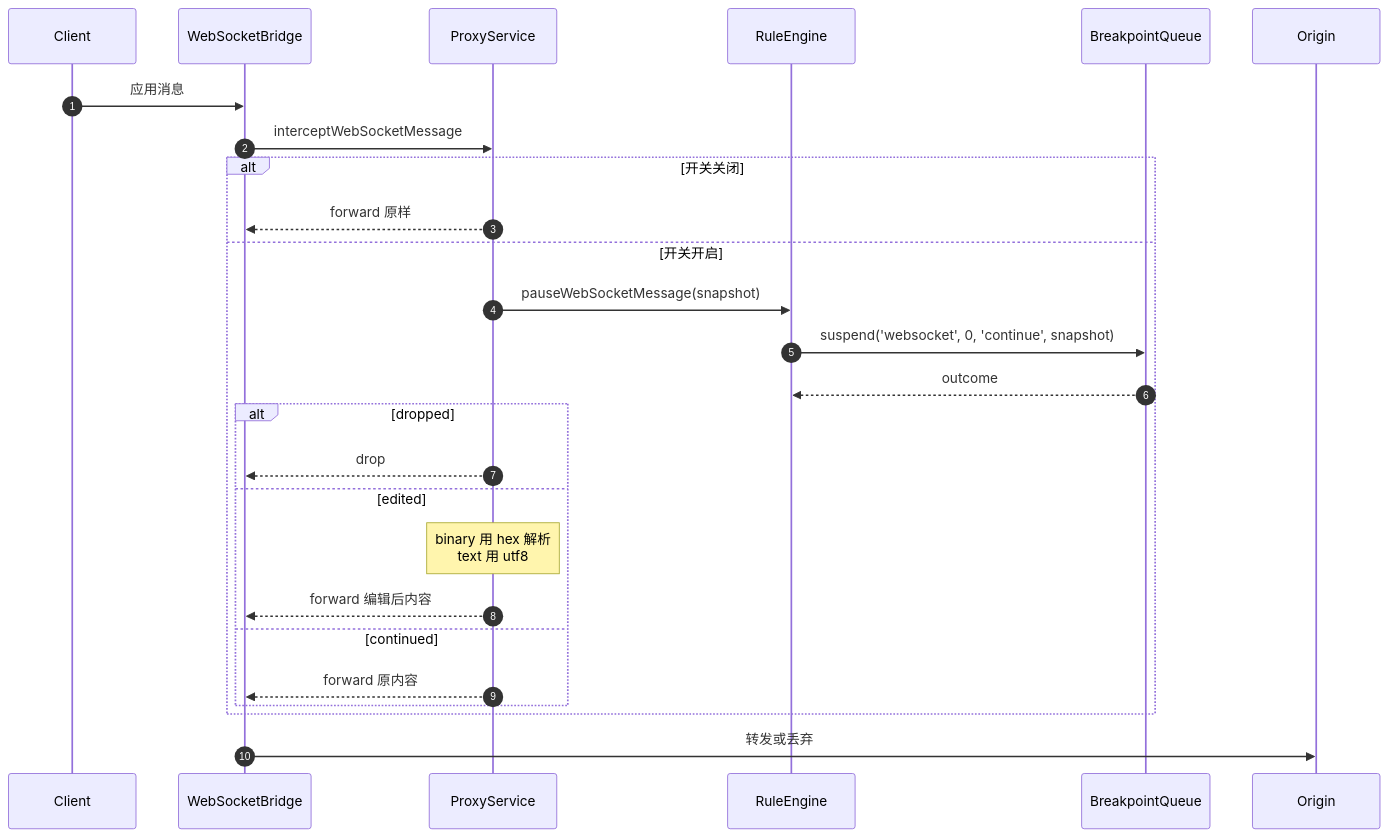
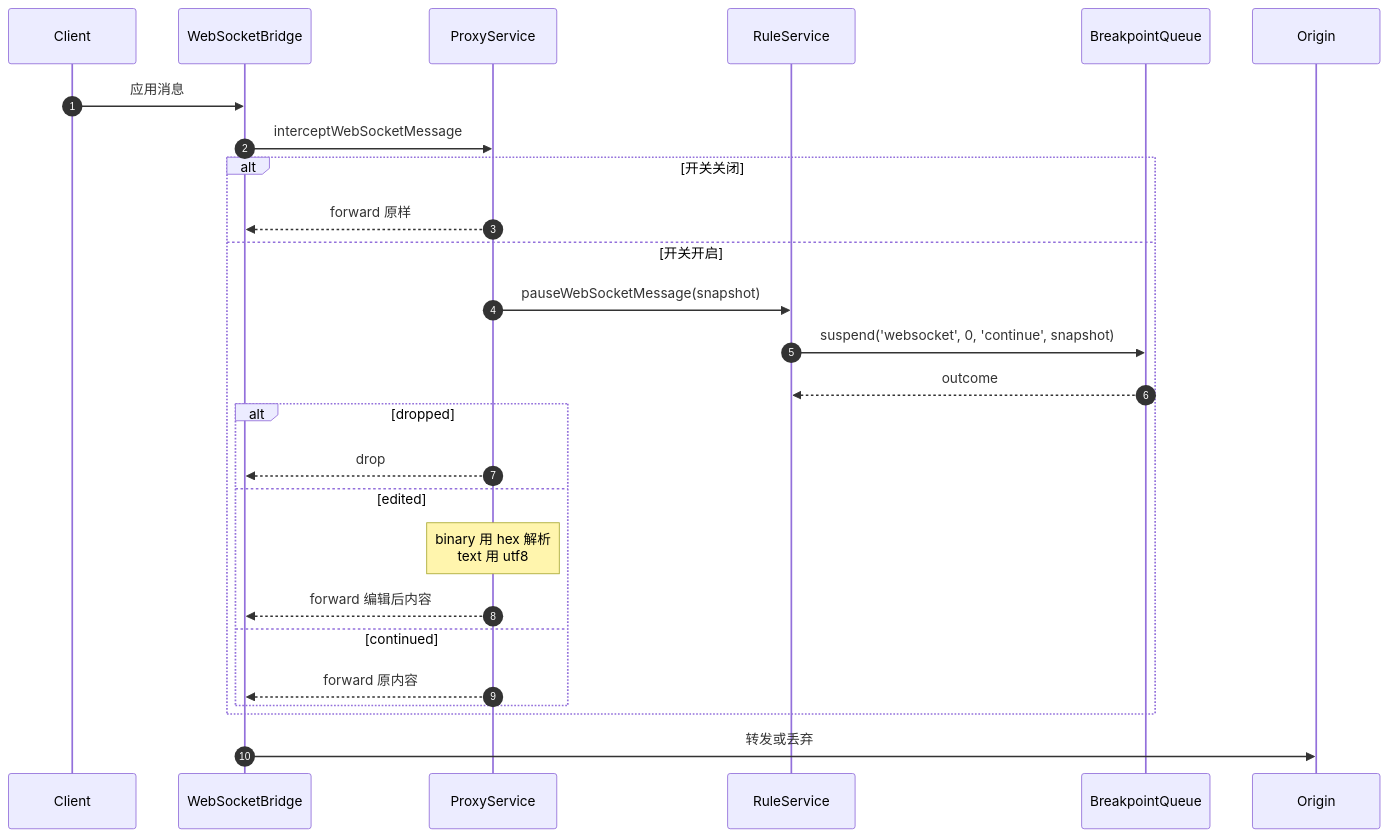
Before and after one commit to zhxmt-xm/Interceptor: the third of 3 diagrams in architecture/feature-breakpoints.md, drawn with Mermaid. The commit also changed other lines of this file and 237 other files, not shown here.

````diff
--- a/architecture/feature-breakpoints.md
+++ b/architecture/feature-breakpoints.md
@@ -109,29 +109,29 @@
 ```mermaid
 sequenceDiagram
     autonumber
     participant Client
     participant Bridge as WebSocketBridge
     participant Proxy as ProxyService
-    participant Engine as RuleEngine
+    participant Engine as RuleService
     participant Queue as BreakpointQueue
     participant Origin
 
     Client->>Bridge: 应用消息
     Bridge->>Proxy: interceptWebSocketMessage
     alt 开关关闭
         Proxy-->>Bridge: forward 原样
     else 开关开启
         Proxy->>Engine: pauseWebSocketMessage(snapshot)
         Engine->>Queue: suspend('websocket', 0, 'continue', snapshot)
         Queue-->>Engine: outcome
         alt dropped
             Proxy-->>Bridge: drop
         else edited
             Note over Proxy: binary 用 hex 解析<br/>text 用 utf8
             Proxy-->>Bridge: forward 编辑后内容
         else continued
             Proxy-->>Bridge: forward 原内容
         end
     end
     Bridge->>Origin: 转发或丢弃
 ```
````
